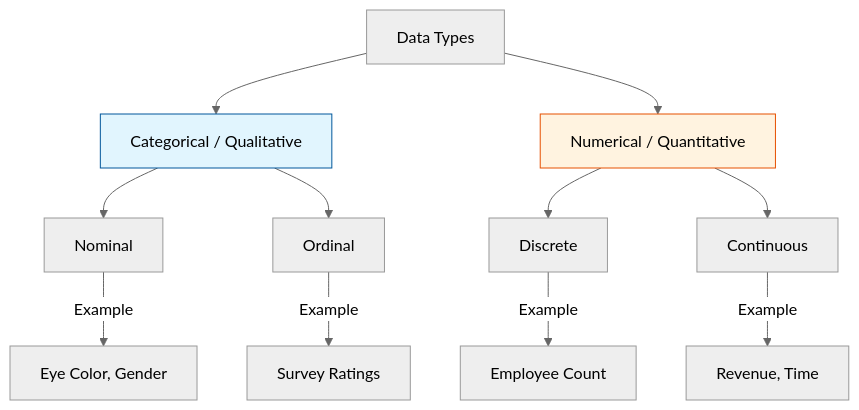
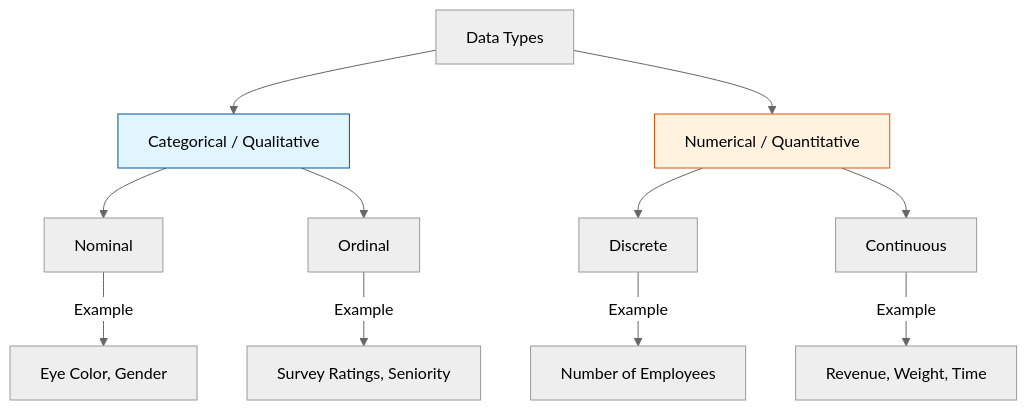
The fifth of 12 diagrams in README.md (susanavenda/data_cambridge), drawn with Mermaid (neutral theme) before and after one commit. The commit also changed other lines of this file, not shown here.

````diff
--- a/README.md
+++ b/README.md
@@ -92,16 +85,16 @@
 ```mermaid
 graph TD
     Data[Data Types] --> Cat[Categorical / Qualitative]
     Data --> Num[Numerical / Quantitative]
     Cat --> Nom[Nominal]
     Nom -- Example --> Eye[Eye Color, Gender]
     Cat --> Ord[Ordinal]
-    Ord -- Example --> Rank[Survey Ratings]
+    Ord -- Example --> Rank[Survey Ratings, Seniority]
     Num --> Disc[Discrete]
-    Disc -- Example --> Count[Employee Count]
+    Disc -- Example --> Count[Number of Employees]
     Num --> Cont[Continuous]
-    Cont -- Example --> Meas[Revenue, Time]
+    Cont -- Example --> Meas[Revenue, Weight, Time]
     style Cat fill:#e1f5fe,stroke:#01579b
     style Num fill:#fff3e0,stroke:#e65100
 
 ```
````
